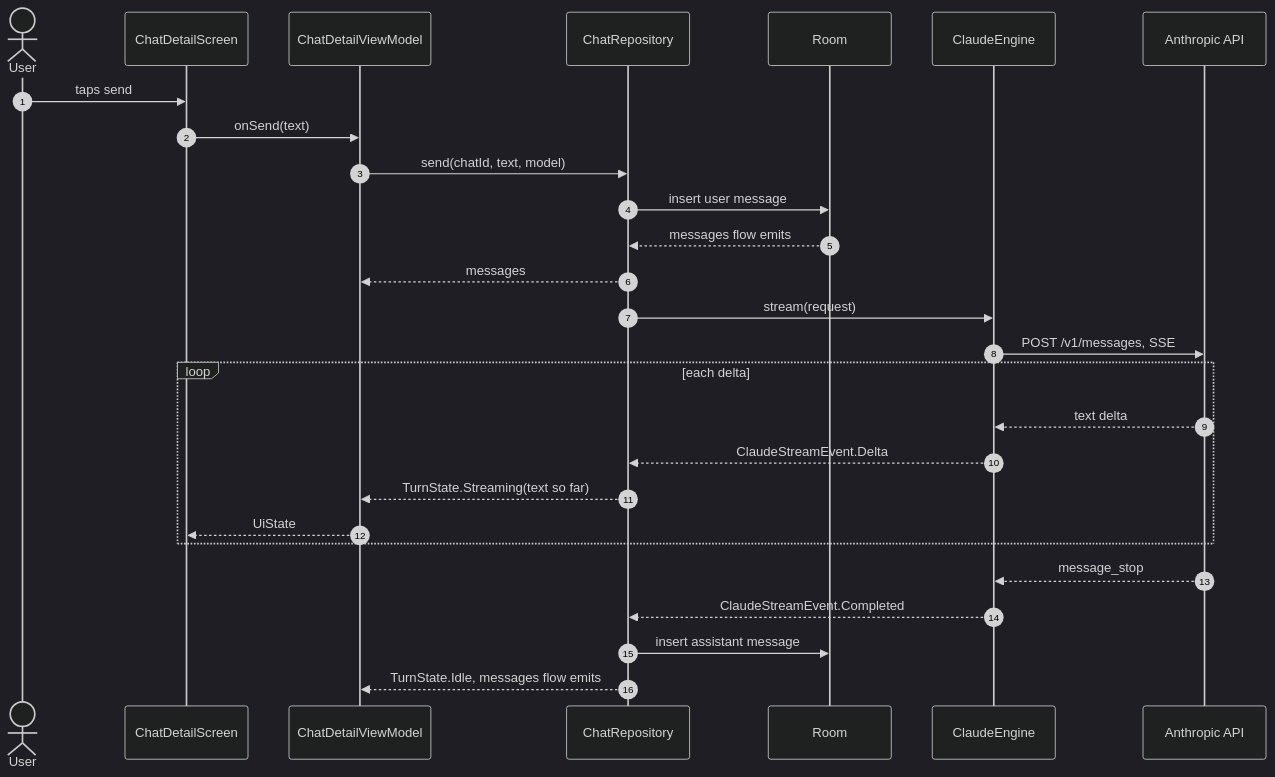
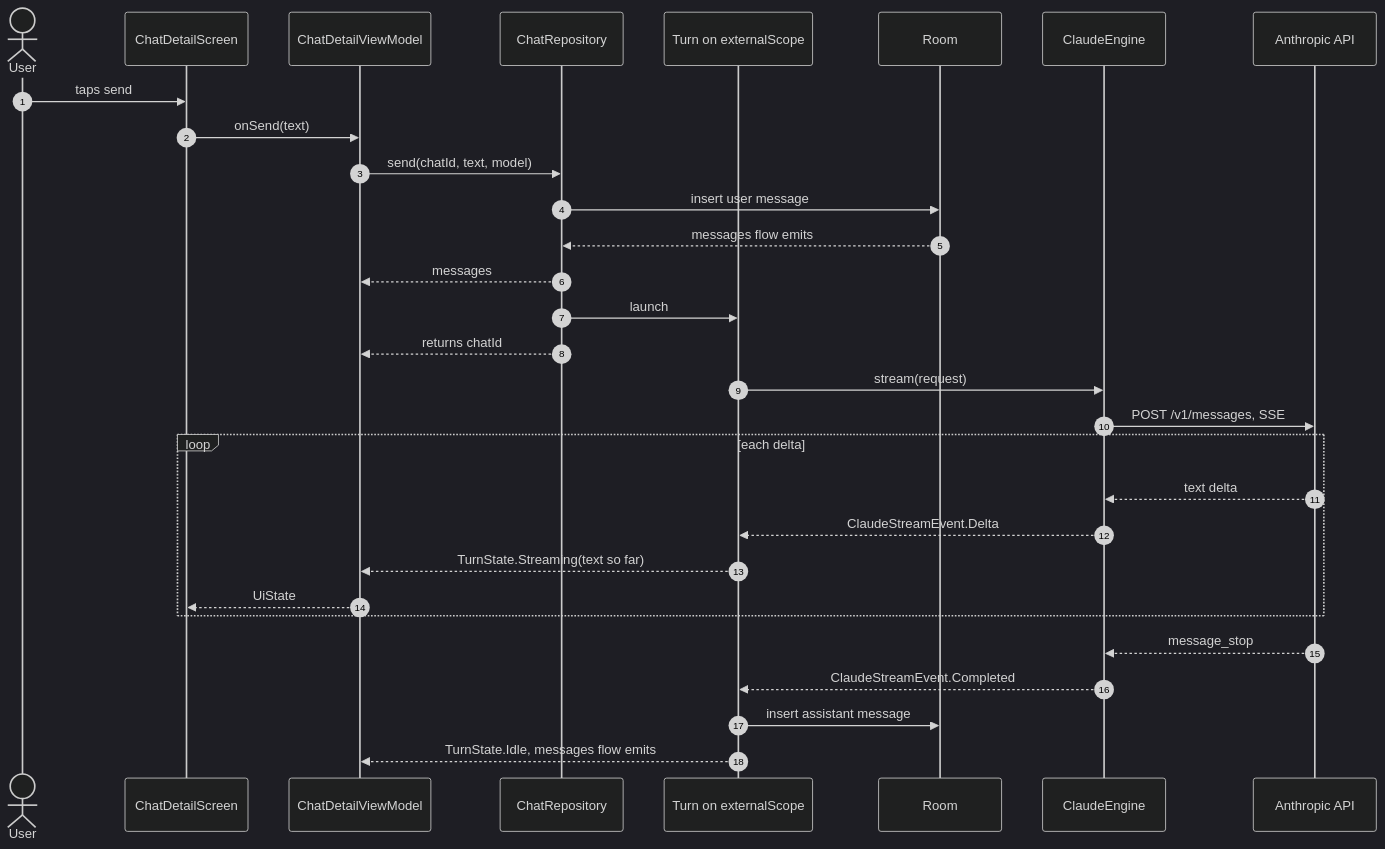
The third of 4 diagrams in docs/architecture.md (shayanhimself/Chatbot), drawn with Mermaid (dark theme) before and after one commit. The commit also changed other lines of this file and 1 other file, not shown here.

````diff
--- a/docs/architecture.md
+++ b/docs/architecture.md
@@ -122,30 +123,33 @@
 ```mermaid
 sequenceDiagram
     autonumber
     actor User
     participant Screen as ChatDetailScreen
     participant VM as ChatDetailViewModel
     participant Repo as ChatRepository
+    participant Turn as Turn on externalScope
     participant Room
     participant Engine as ClaudeEngine
     participant API as Anthropic API
 
     User->>Screen: taps send
     Screen->>VM: onSend(text)
     VM->>Repo: send(chatId, text, model)
     Repo->>Room: insert user message
     Room-->>Repo: messages flow emits
     Repo-->>VM: messages
-    Repo->>Engine: stream(request)
+    Repo->>Turn: launch
+    Repo-->>VM: returns chatId
+    Turn->>Engine: stream(request)
     Engine->>API: POST /v1/messages, SSE
     loop each delta
         API-->>Engine: text delta
-        Engine-->>Repo: ClaudeStreamEvent.Delta
-        Repo-->>VM: TurnState.Streaming(text so far)
+        Engine-->>Turn: ClaudeStreamEvent.Delta
+        Turn-->>VM: TurnState.Streaming(text so far)
         VM-->>Screen: UiState
     end
     API-->>Engine: message_stop
-    Engine-->>Repo: ClaudeStreamEvent.Completed
-    Repo->>Room: insert assistant message
-    Repo-->>VM: TurnState.Idle, messages flow emits
+    Engine-->>Turn: ClaudeStreamEvent.Completed
+    Turn->>Room: insert assistant message
+    Turn-->>VM: TurnState.Idle, messages flow emits
 ```
````
